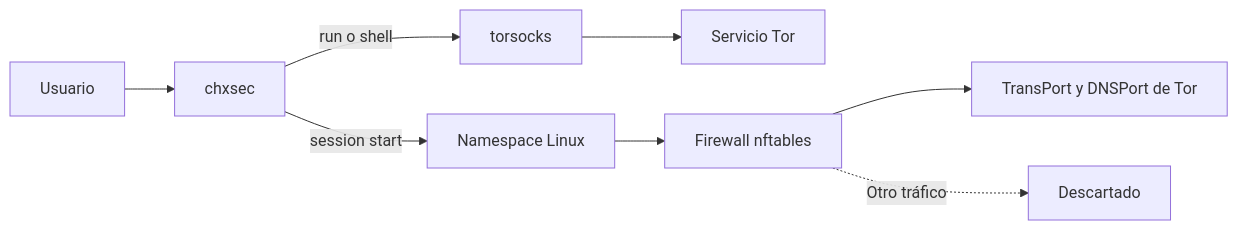
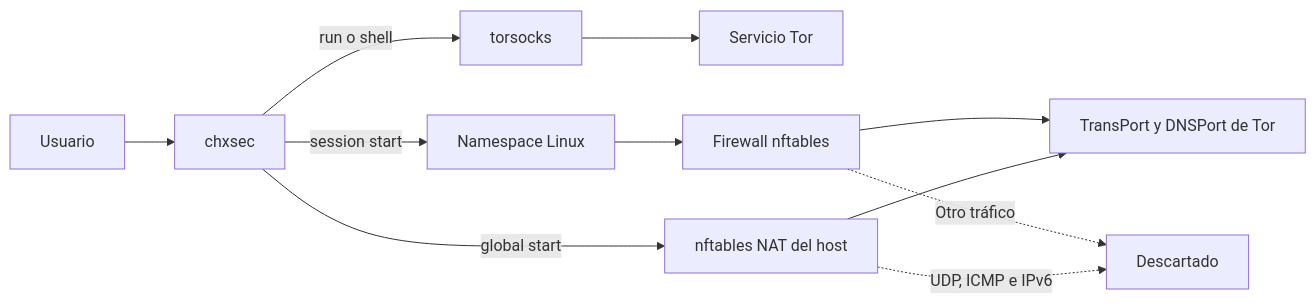
Before and after one commit to chxchx-dev/chxchx-security-ip: the diagram in README.md, drawn with Mermaid. The commit also changed other lines of this file and 16 other files, not shown here.

````diff
--- a/README.md
+++ b/README.md
@@ -30,10 +30,13 @@
 ```mermaid
 flowchart LR
     U[Usuario] --> CLI[chxsec]
     CLI -->|run o shell| TS[torsocks]
     TS --> TOR[Servicio Tor]
     CLI -->|session start| NS[Namespace Linux]
     NS --> FW[Firewall nftables]
     FW --> PORTS[TransPort y DNSPort de Tor]
     FW -. Otro tráfico .-> DROP[Descartado]
+    CLI -->|global start| GNAT[nftables NAT del host]
+    GNAT --> PORTS
+    GNAT -. UDP, ICMP e IPv6 .-> DROP
 ```
````
